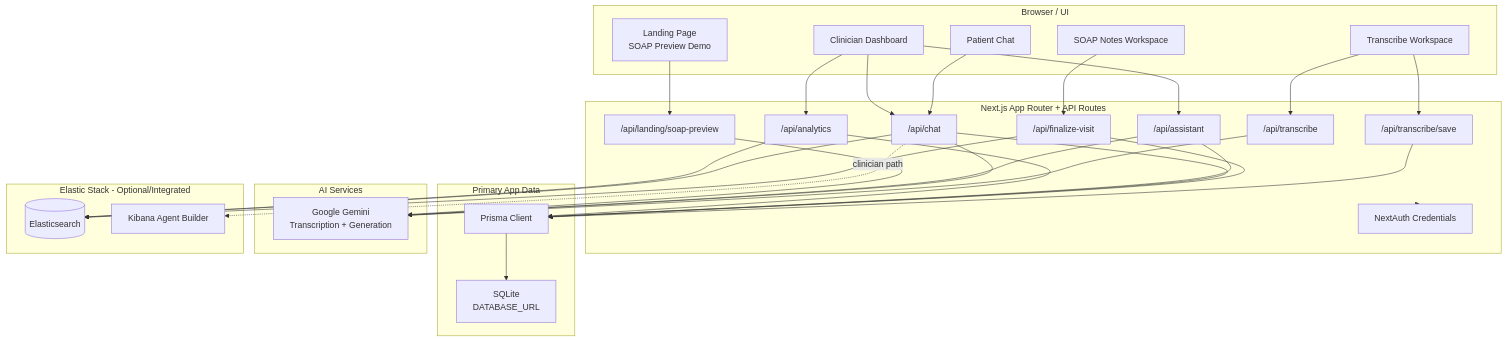
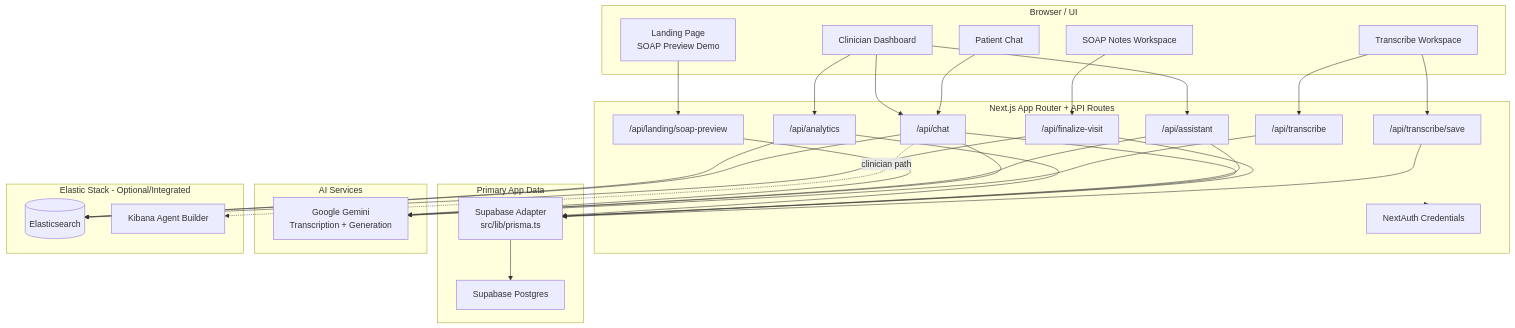
The first of 5 diagrams in README.md (Manoj7ar/Synth), drawn with Mermaid before and after one commit. The commit also changed other lines of this file and 1 other file, not shown here.

Commit message:
Update docs for Supabase runtime backend migration

````diff
--- a/README.md
+++ b/README.md
@@ -31,62 +31,62 @@
 ```mermaid
 flowchart TB
   subgraph Browser[Browser / UI]
     LP["Landing Page<br/>SOAP Preview Demo"]
     CL[Clinician Dashboard]
     TR[Transcribe Workspace]
     SN[SOAP Notes Workspace]
     PT[Patient Chat]
   end
 
   subgraph NextApp[Next.js App Router + API Routes]
     API1["/api/transcribe"]
     API2["/api/transcribe/save"]
     API3["/api/finalize-visit"]
     API4["/api/chat"]
     API5["/api/assistant"]
     API6["/api/analytics"]
     API7["/api/landing/soap-preview"]
     AUTH[NextAuth Credentials]
   end
 
   subgraph Data[Primary App Data]
-    PRISMA[Prisma Client]
-    SQLITE["SQLite<br/>DATABASE_URL"]
+    DBADAPTER["Supabase Adapter<br/>src/lib/prisma.ts"]
+    SUPADB["Supabase Postgres"]
   end
 
   subgraph AI[AI Services]
     GEM["Google Gemini<br/>Transcription + Generation"]
   end
 
   subgraph Elastic[Elastic Stack - Optional/Integrated]
     ES[(Elasticsearch)]
     KB[Kibana Agent Builder]
   end
 
   LP --> API7
   TR --> API1
   TR --> API2
   CL --> API5
   PT --> API4
   CL --> API4
   CL --> API6
   SN --> API3
   NextApp --> AUTH
 
   API1 --> GEM
   API4 --> GEM
   API5 --> GEM
   API7 --> GEM
 
-  API2 --> PRISMA
-  API3 --> PRISMA
-  API4 --> PRISMA
-  API5 --> PRISMA
-  API6 --> PRISMA
-  PRISMA --> SQLITE
+  API2 --> DBADAPTER
+  API3 --> DBADAPTER
+  API4 --> DBADAPTER
+  API5 --> DBADAPTER
+  API6 --> DBADAPTER
+  DBADAPTER --> SUPADB
 
   API3 --> ES
   API4 --> ES
   API6 --> ES
   API4 -. clinician path .-> KB
 ```
````
